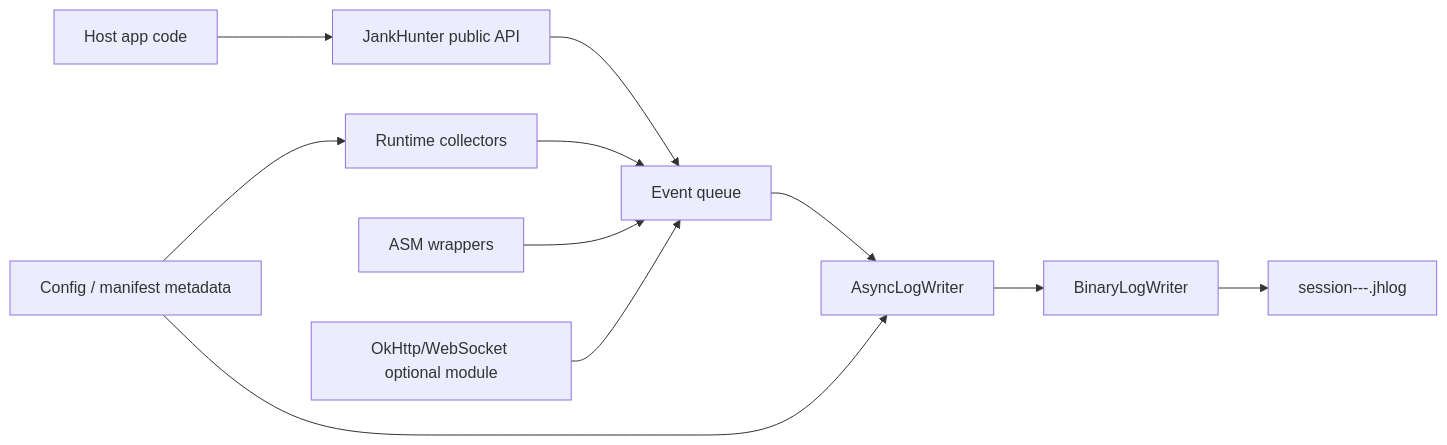
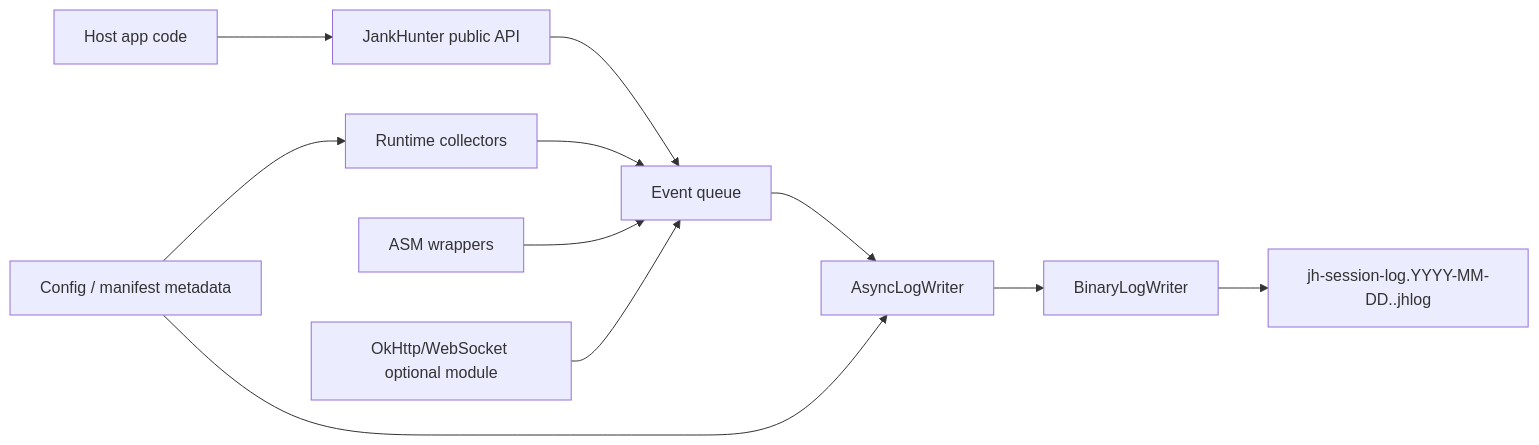
Before and after one commit to i-redbyte/Jank-Hunter: the first of 3 diagrams in docs/architecture.md, drawn with Mermaid. The commit also changed other lines of this file and 257 other files, not shown here.

````diff
--- a/docs/architecture.md
+++ b/docs/architecture.md
@@ -47,13 +47,13 @@
 ```mermaid
 flowchart LR
     A["Host app code"] --> B["JankHunter public API"]
     C["Runtime collectors"] --> D["Event queue"]
     E["ASM wrappers"] --> D
     F["OkHttp/WebSocket optional module"] --> D
     B --> D
     D --> G["AsyncLogWriter"]
     G --> H["BinaryLogWriter"]
-    H --> I["session-<process>-<timestamp>-<segment>.jhlog"]
+    H --> I["jh-session-log.YYYY-MM-DD.<index>.jhlog"]
     J["Config / manifest metadata"] --> C
     J --> G
 ```
````
